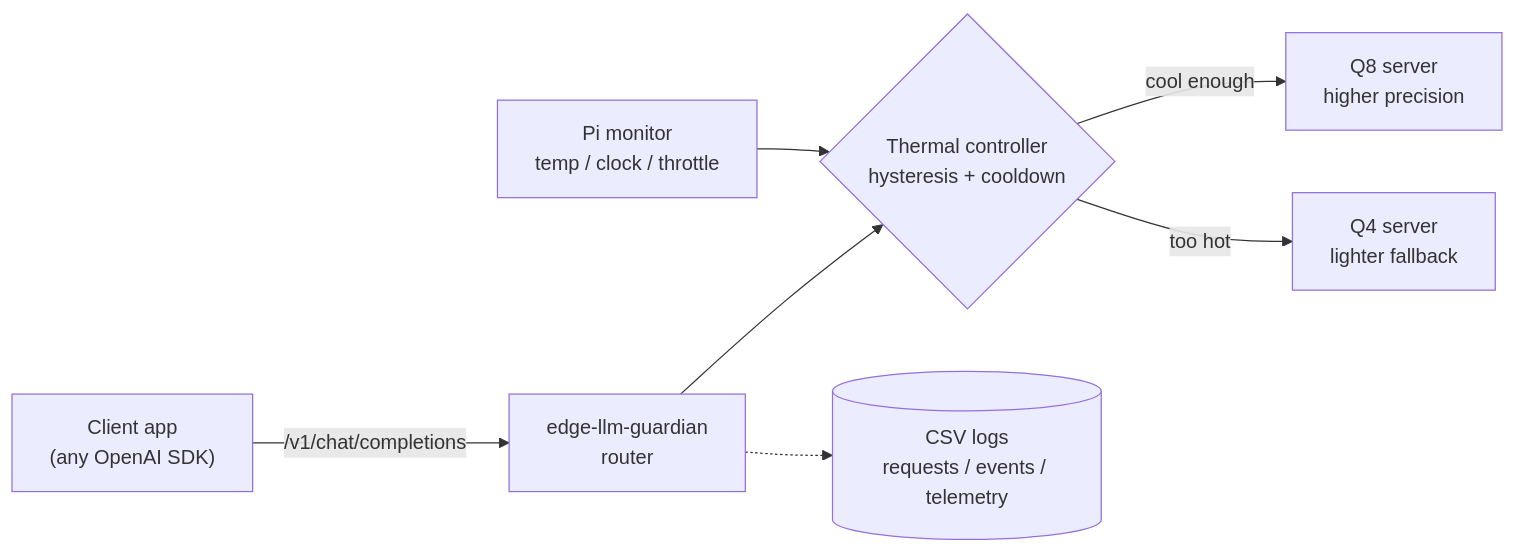
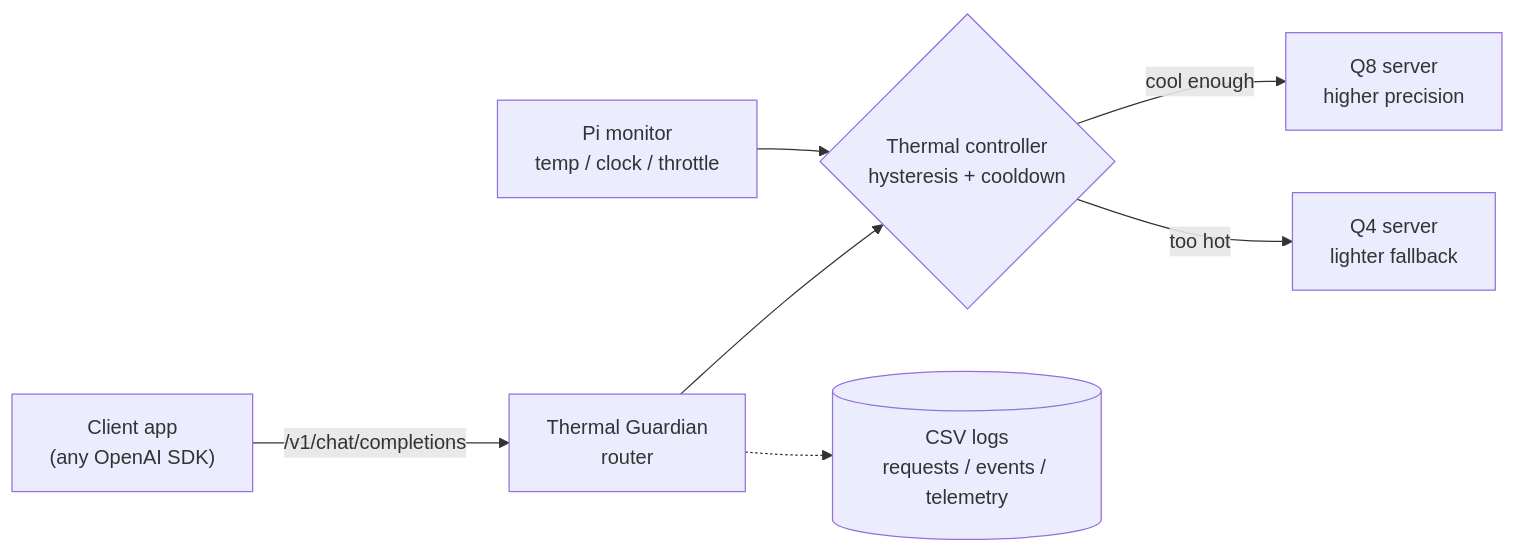
The diagram in README.md (ryokotaka/thermal-guardian), drawn with Mermaid before and after one commit. The commit also changed other lines of this file and 23 other files, not shown here.

Commit message:
Rename project to Thermal Guardian

````diff
--- a/README.md
+++ b/README.md
@@ -84,17 +86,17 @@
 ```mermaid
 flowchart LR
     Client["Client app<br/>(any OpenAI SDK)"]
-    Router["edge-llm-guardian<br/>router"]
+    Router["Thermal Guardian<br/>router"]
     Decision{"Thermal controller<br/>hysteresis + cooldown"}
     Monitor["Pi monitor<br/>temp / clock / throttle"]
     Q8["Q8 server<br/>higher precision"]
     Q4["Q4 server<br/>lighter fallback"]
     Logs[("CSV logs<br/>requests / events / telemetry")]
 
     Client -->|/v1/chat/completions| Router
     Router --> Decision
     Monitor --> Decision
     Decision -->|cool enough| Q8
     Decision -->|too hot| Q4
     Router -.-> Logs
 ```
````
